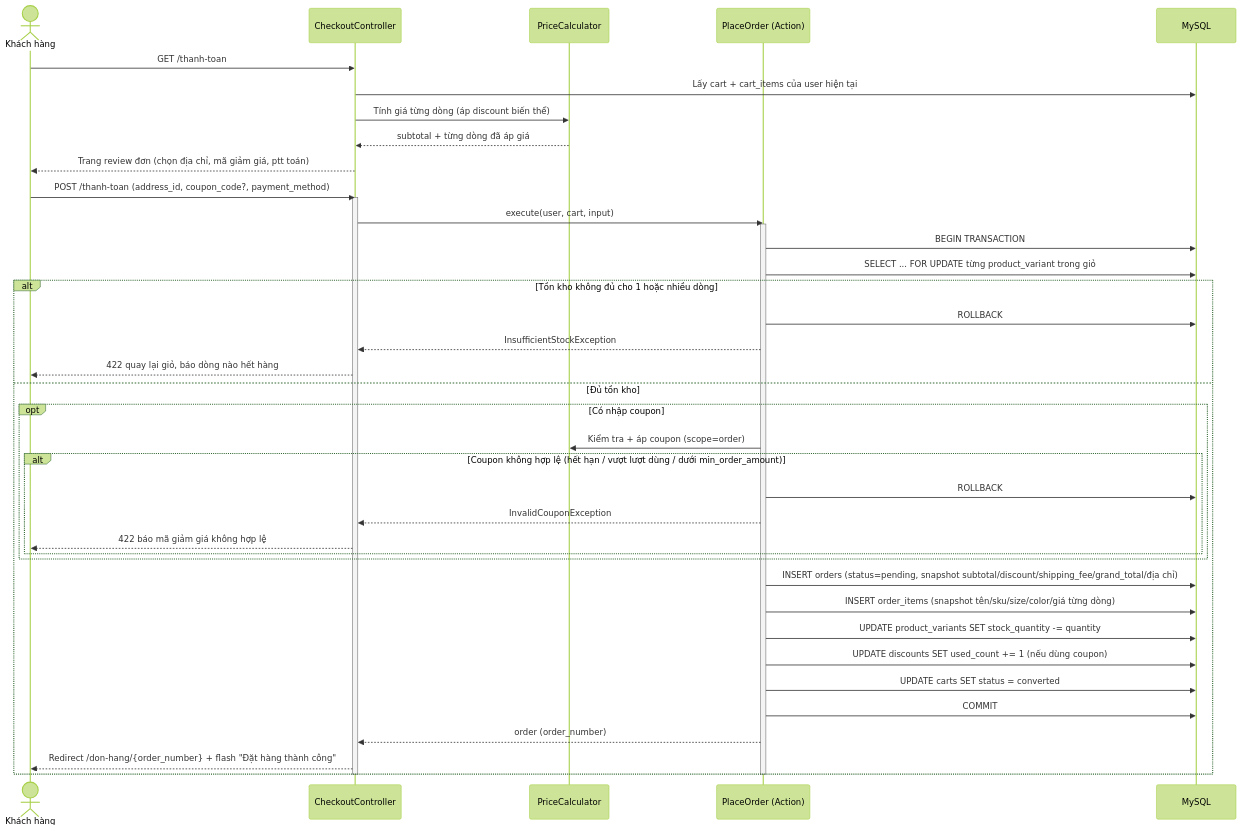
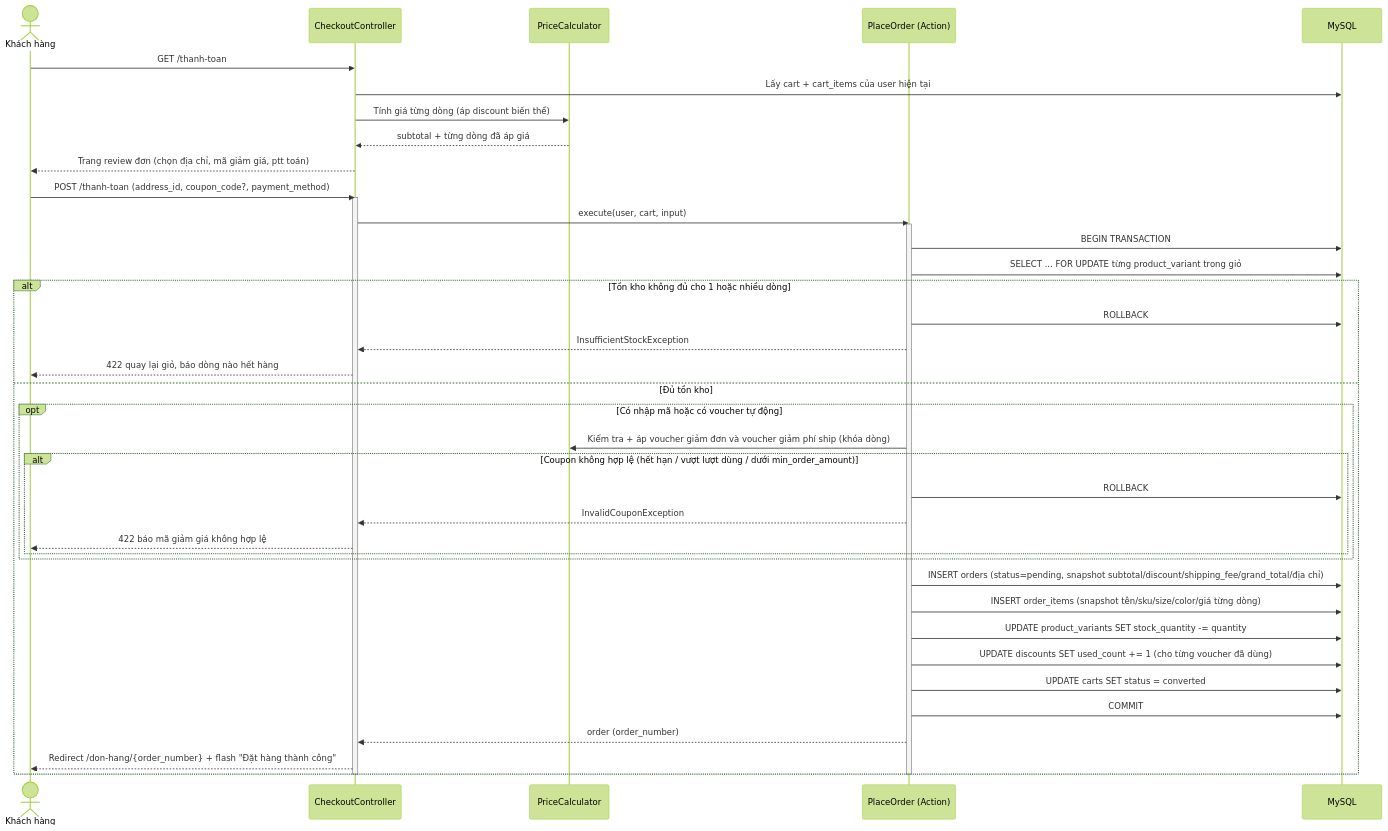
Before and after one commit to Thinha1/fashion-store: the third of 6 diagrams in BUSINESS_FLOWS.md, drawn with Mermaid (forest theme). The commit also changed other lines of this file and 26 other files, not shown here.

````diff
--- a/BUSINESS_FLOWS.md
+++ b/BUSINESS_FLOWS.md
@@ -101,46 +101,46 @@
 ```mermaid
 sequenceDiagram
     actor KH as Khách hàng
     participant CC as CheckoutController
     participant PC as PriceCalculator
     participant PO as PlaceOrder (Action)
     participant DB as MySQL
 
     KH->>CC: GET /thanh-toan
     CC->>DB: Lấy cart + cart_items của user hiện tại
     CC->>PC: Tính giá từng dòng (áp discount biến thể)
     PC-->>CC: subtotal + từng dòng đã áp giá
     CC-->>KH: Trang review đơn (chọn địa chỉ, mã giảm giá, ptt toán)
 
     KH->>CC: POST /thanh-toan (address_id, coupon_code?, payment_method)
     activate CC
     CC->>PO: execute(user, cart, input)
     activate PO
     PO->>DB: BEGIN TRANSACTION
     PO->>DB: SELECT ... FOR UPDATE từng product_variant trong giỏ
 
     alt Tồn kho không đủ cho 1 hoặc nhiều dòng
         PO->>DB: ROLLBACK
         PO-->>CC: InsufficientStockException
         CC-->>KH: 422 quay lại giỏ, báo dòng nào hết hàng
     else Đủ tồn kho
-        opt Có nhập coupon
-            PO->>PC: Kiểm tra + áp coupon (scope=order)
+        opt Có nhập mã hoặc có voucher tự động
+            PO->>PC: Kiểm tra + áp voucher giảm đơn và voucher giảm phí ship (khóa dòng)
             alt Coupon không hợp lệ (hết hạn / vượt lượt dùng / dưới min_order_amount)
                 PO->>DB: ROLLBACK
                 PO-->>CC: InvalidCouponException
                 CC-->>KH: 422 báo mã giảm giá không hợp lệ
             end
         end
         PO->>DB: INSERT orders (status=pending, snapshot subtotal/discount/shipping_fee/grand_total/địa chỉ)
         PO->>DB: INSERT order_items (snapshot tên/sku/size/color/giá từng dòng)
         PO->>DB: UPDATE product_variants SET stock_quantity -= quantity
-        PO->>DB: UPDATE discounts SET used_count += 1 (nếu dùng coupon)
+        PO->>DB: UPDATE discounts SET used_count += 1 (cho từng voucher đã dùng)
         PO->>DB: UPDATE carts SET status = converted
         PO->>DB: COMMIT
         PO-->>CC: order (order_number)
         CC-->>KH: Redirect /don-hang/{order_number} + flash "Đặt hàng thành công"
     end
     deactivate PO
     deactivate CC
 ```
````
